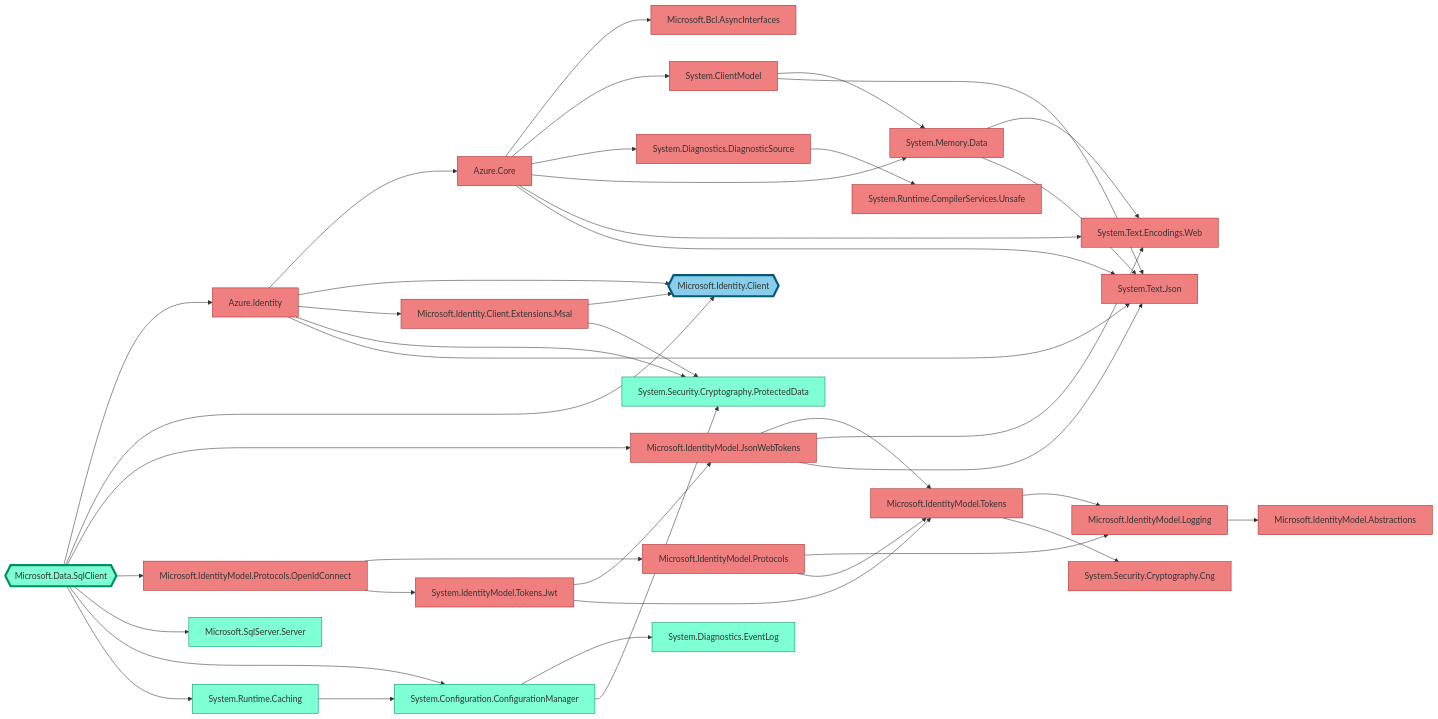
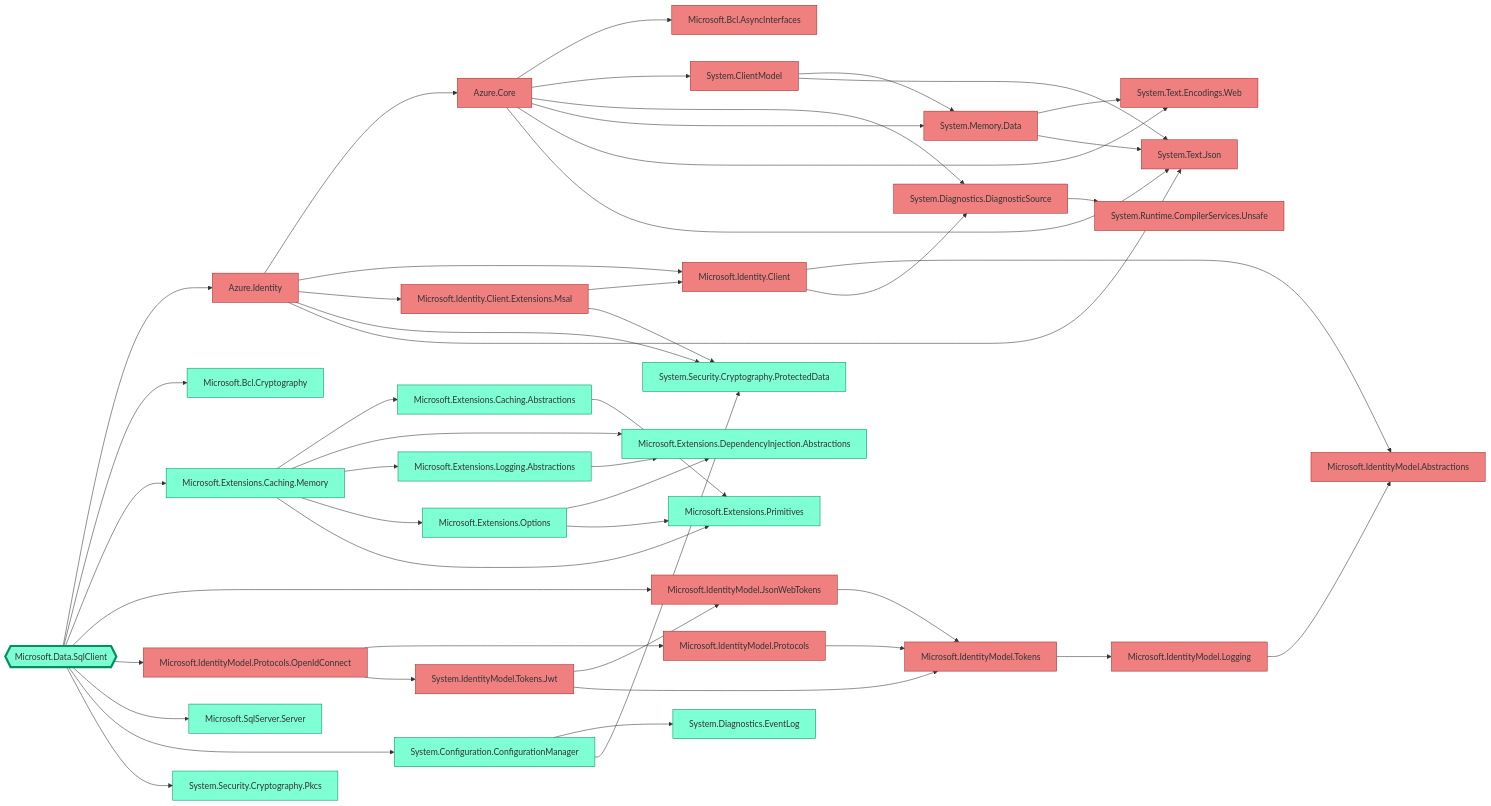
The third of 6 diagrams in README.md (0xced/Chisel), drawn with Mermaid before and after one commit. The commit also changed other lines of this file, not shown here.

Commit message:
Update the README to match Microsoft.Data.SqlClient version 6 situation

```diff
--- a/README.md
+++ b/README.md
@@ -160,7 +160,6 @@
 
 classDef root stroke-width:4px
 classDef default fill:aquamarine,stroke:#009061,color:#333333
-classDef project fill:skyblue,stroke:#05587C
 classDef removed fill:lightcoral,stroke:#A42A2A
 
 Azure.Core --> Microsoft.Bcl.AsyncInterfaces
@@ -175,25 +174,32 @@
 Azure.Identity --> System.Security.Cryptography.ProtectedData
 Azure.Identity --> System.Text.Json
 Microsoft.Data.SqlClient{{Microsoft.Data.SqlClient}} --> Azure.Identity
-Microsoft.Data.SqlClient{{Microsoft.Data.SqlClient}} --> Microsoft.Identity.Client
+Microsoft.Data.SqlClient{{Microsoft.Data.SqlClient}} --> Microsoft.Bcl.Cryptography
+Microsoft.Data.SqlClient{{Microsoft.Data.SqlClient}} --> Microsoft.Extensions.Caching.Memory
 Microsoft.Data.SqlClient{{Microsoft.Data.SqlClient}} --> Microsoft.IdentityModel.JsonWebTokens
 Microsoft.Data.SqlClient{{Microsoft.Data.SqlClient}} --> Microsoft.IdentityModel.Protocols.OpenIdConnect
 Microsoft.Data.SqlClient{{Microsoft.Data.SqlClient}} --> Microsoft.SqlServer.Server
 Microsoft.Data.SqlClient{{Microsoft.Data.SqlClient}} --> System.Configuration.ConfigurationManager
-Microsoft.Data.SqlClient{{Microsoft.Data.SqlClient}} --> System.Runtime.Caching
-Microsoft.Identity.Client{{Microsoft.Identity.Client}}
+Microsoft.Data.SqlClient{{Microsoft.Data.SqlClient}} --> System.Security.Cryptography.Pkcs
+Microsoft.Extensions.Caching.Abstractions --> Microsoft.Extensions.Primitives
+Microsoft.Extensions.Caching.Memory --> Microsoft.Extensions.Caching.Abstractions
+Microsoft.Extensions.Caching.Memory --> Microsoft.Extensions.DependencyInjection.Abstractions
+Microsoft.Extensions.Caching.Memory --> Microsoft.Extensions.Logging.Abstractions
+Microsoft.Extensions.Caching.Memory --> Microsoft.Extensions.Options
+Microsoft.Extensions.Caching.Memory --> Microsoft.Extensions.Primitives
+Microsoft.Extensions.Logging.Abstractions --> Microsoft.Extensions.DependencyInjection.Abstractions
+Microsoft.Extensions.Options --> Microsoft.Extensions.DependencyInjection.Abstractions
+Microsoft.Extensions.Options --> Microsoft.Extensions.Primitives
+Microsoft.Identity.Client --> Microsoft.IdentityModel.Abstractions
+Microsoft.Identity.Client --> System.Diagnostics.DiagnosticSource
 Microsoft.Identity.Client.Extensions.Msal --> Microsoft.Identity.Client
 Microsoft.Identity.Client.Extensions.Msal --> System.Security.Cryptography.ProtectedData
 Microsoft.IdentityModel.JsonWebTokens --> Microsoft.IdentityModel.Tokens
-Microsoft.IdentityModel.JsonWebTokens --> System.Text.Encodings.Web
-Microsoft.IdentityModel.JsonWebTokens --> System.Text.Json
 Microsoft.IdentityModel.Logging --> Microsoft.IdentityModel.Abstractions
-Microsoft.IdentityModel.Protocols --> Microsoft.IdentityModel.Logging
 Microsoft.IdentityModel.Protocols --> Microsoft.IdentityModel.Tokens
 Microsoft.IdentityModel.Protocols.OpenIdConnect --> Microsoft.IdentityModel.Protocols
 Microsoft.IdentityModel.Protocols.OpenIdConnect --> System.IdentityModel.Tokens.Jwt
 Microsoft.IdentityModel.Tokens --> Microsoft.IdentityModel.Logging
-Microsoft.IdentityModel.Tokens --> System.Security.Cryptography.Cng
 System.ClientModel --> System.Memory.Data
 System.ClientModel --> System.Text.Json
 System.Configuration.ConfigurationManager --> System.Diagnostics.EventLog
@@ -203,15 +209,20 @@
 System.IdentityModel.Tokens.Jwt --> Microsoft.IdentityModel.Tokens
 System.Memory.Data --> System.Text.Encodings.Web
 System.Memory.Data --> System.Text.Json
-System.Runtime.Caching --> System.Configuration.ConfigurationManager
 
 class Azure.Core removed
 class Azure.Identity removed
 class Microsoft.Bcl.AsyncInterfaces removed
+class Microsoft.Bcl.Cryptography default
 class Microsoft.Data.SqlClient root
 class Microsoft.Data.SqlClient default
-class Microsoft.Identity.Client root
-class Microsoft.Identity.Client project
+class Microsoft.Extensions.Caching.Abstractions default
+class Microsoft.Extensions.Caching.Memory default
+class Microsoft.Extensions.DependencyInjection.Abstractions default
+class Microsoft.Extensions.Logging.Abstractions default
+class Microsoft.Extensions.Options default
+class Microsoft.Extensions.Primitives default
+class Microsoft.Identity.Client removed
 class Microsoft.Identity.Client.Extensions.Msal removed
 class Microsoft.IdentityModel.Abstractions removed
 class Microsoft.IdentityModel.JsonWebTokens removed
@@ -226,9 +237,8 @@
 class System.Diagnostics.EventLog default
 class System.IdentityModel.Tokens.Jwt removed
 class System.Memory.Data removed
-class System.Runtime.Caching default
 class System.Runtime.CompilerServices.Unsafe removed
-class System.Security.Cryptography.Cng removed
+class System.Security.Cryptography.Pkcs default
 class System.Security.Cryptography.ProtectedData default
 class System.Text.Encodings.Web removed
 class System.Text.Json removed
```
